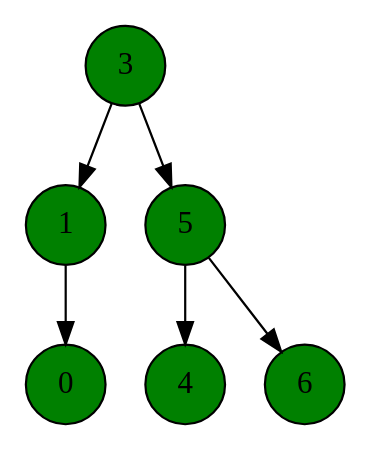
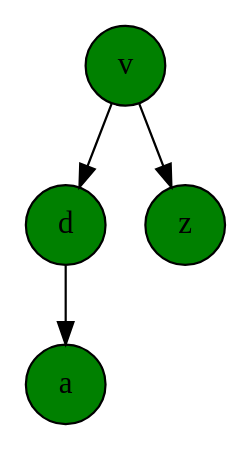
The diagram in src/test.dot (Effectuss/Key-value-store-based-on-AVL-tree), drawn with Graphviz before and after one commit. The commit also changed 5 other files, not shown here.

```diff
--- a/src/test.dot
+++ b/src/test.dot
@@ -1,14 +1,10 @@
 digraph BST {
     node [shape=circle, style=filled, fillcolor=green];
-    3;
-    3 -> 1;
-    1;
-    1 -> 0;
-    0;
-    3 -> 5;
-    5;
-    5 -> 4;
-    4;
-    5 -> 6;
-    6;
+    v;
+    v -> d;
+    d;
+    d -> a;
+    a;
+    v -> z;
+    z;
 }
```
